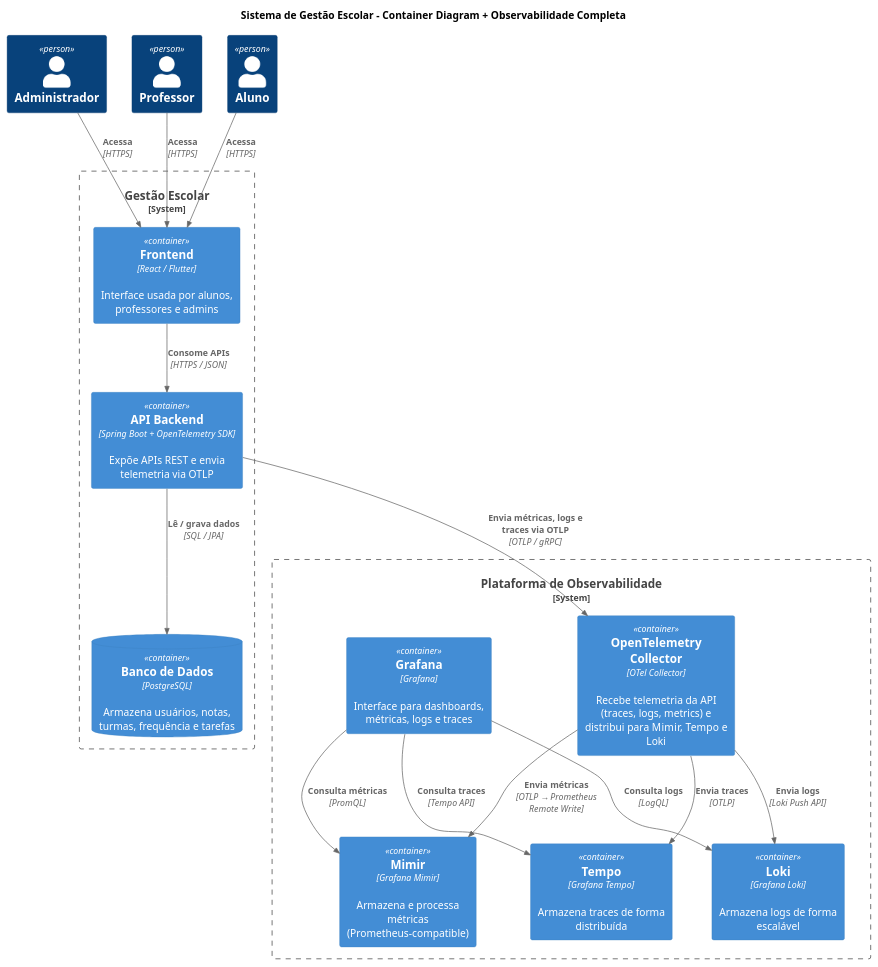
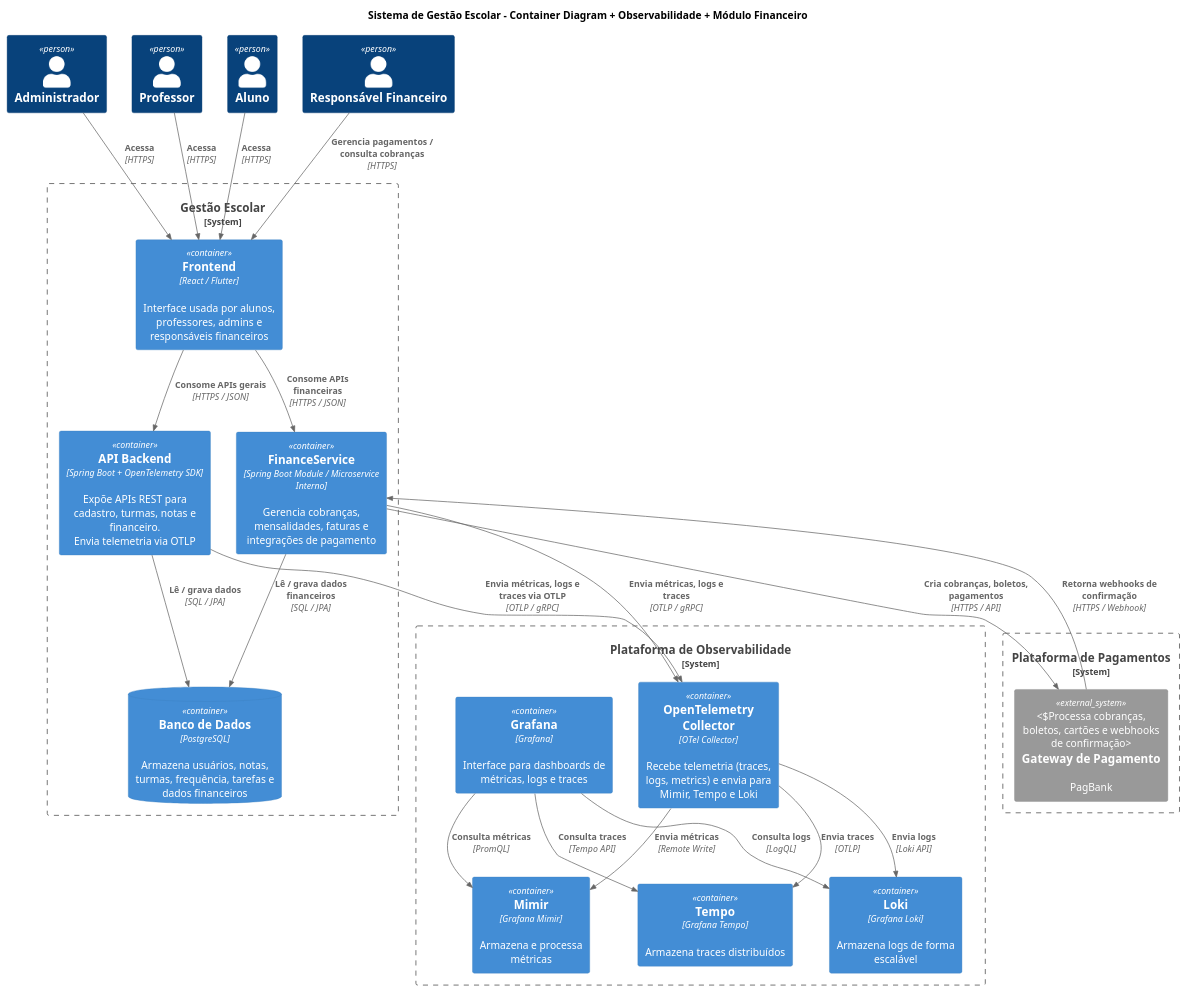
One commit to Framks/gestao_escolar_api changed the diagram in docs/diagramas/diagrama_conteiner.puml. Above: the diagram before and after it, drawn with PlantUML. The commit also changed 2 other files, not shown here.

Commit message:
Adicionar os diagramas de container e contexto.

```diff
--- a/docs/diagramas/diagrama_conteiner.puml
+++ b/docs/diagramas/diagrama_conteiner.puml
@@ -1,52 +1,68 @@
 @startuml
 !includeurl https://raw.githubusercontent.com/plantuml-stdlib/C4-PlantUML/master/C4_Container.puml
 
-title Sistema de Gestão Escolar - Container Diagram + Observabilidade Completa
+title Sistema de Gestão Escolar - Container Diagram + Observabilidade + Módulo Financeiro
 
 Person(admin, "Administrador")
 Person(prof, "Professor")
 Person(aluno, "Aluno")
+Person(resp_fin, "Responsável Financeiro")
 
 System_Boundary(sis, "Gestão Escolar") {
 
-    Container(frontend, "Frontend", "React / Flutter", "Interface usada por alunos, professores e admins")
+    Container(frontend, "Frontend",         "React / Flutter",         "Interface usada por alunos, professores, admins e responsáveis financeiros")
 
-    Container(api, "API Backend",        "Spring Boot + OpenTelemetry SDK",        "Expõe APIs REST e envia telemetria via OTLP")
+    Container(api, "API Backend",         "Spring Boot + OpenTelemetry SDK",         "Expõe APIs REST para cadastro, turmas, notas e financeiro.\nEnvia telemetria via OTLP")
 
-    ContainerDb(db, "Banco de Dados",         "PostgreSQL",        "Armazena usuários, notas, turmas, frequência e tarefas")
+    Container(finance, "FinanceService",         "Spring Boot Module / Microservice Interno",         "Gerencia cobranças, mensalidades, faturas e integrações de pagamento")
+
+    ContainerDb(db, "Banco de Dados",         "PostgreSQL",         "Armazena usuários, notas, turmas, frequência, tarefas e dados financeiros")
+}
+
+System_Boundary(payments, "Plataforma de Pagamentos") {
+    System_Ext(pg_provider, "Gateway de Pagamento",         "PagBank",         "Processa cobranças, boletos, cartões e webhooks de confirmação")
 }
 
 System_Boundary(obs, "Plataforma de Observabilidade") {
 
-    Container(collector, "OpenTelemetry Collector",         "OTel Collector",        "Recebe telemetria da API (traces, logs, metrics) e distribui para Mimir, Tempo e Loki")
+    Container(collector, "OpenTelemetry Collector",         "OTel Collector",         "Recebe telemetria (traces, logs, metrics) e envia para Mimir, Tempo e Loki")
 
-    Container(mimir, "Mimir",         "Grafana Mimir",         "Armazena e processa métricas (Prometheus-compatible)")
+    Container(mimir, "Mimir", "Grafana Mimir",         "Armazena e processa métricas")
 
-    Container(tempo, "Tempo",         "Grafana Tempo",         "Armazena traces de forma distribuída")
+    Container(tempo, "Tempo", "Grafana Tempo",         "Armazena traces distribuídos")
 
-    Container(loki, "Loki",         "Grafana Loki",         "Armazena logs de forma escalável")
+    Container(loki, "Loki", "Grafana Loki",         "Armazena logs de forma escalável")
 
-    Container(grafana, "Grafana",         "Grafana",         "Interface para dashboards, métricas, logs e traces")
+    Container(grafana, "Grafana", "Grafana",         "Interface para dashboards de métricas, logs e traces")
 }
 
-' Relações dos usuários
+' ---- Relações dos usuários ----
 Rel(admin, frontend, "Acessa", "HTTPS")
 Rel(prof, frontend, "Acessa", "HTTPS")
 Rel(aluno, frontend, "Acessa", "HTTPS")
+Rel(resp_fin, frontend, "Gerencia pagamentos / consulta cobranças", "HTTPS")
 
-' Relações internas
-Rel(frontend, api, "Consome APIs", "HTTPS / JSON")
+' ---- Relações internas ----
+Rel(frontend, api, "Consome APIs gerais", "HTTPS / JSON")
+Rel(frontend, finance, "Consome APIs financeiras", "HTTPS / JSON")
+
 Rel(api, db, "Lê / grava dados", "SQL / JPA")
+Rel(finance, db, "Lê / grava dados financeiros", "SQL / JPA")
 
-' Observabilidade
+' ---- Financeiro e Pagamentos ----
+Rel(finance, pg_provider, "Cria cobranças, boletos, pagamentos", "HTTPS / API")
+Rel(pg_provider, finance, "Retorna webhooks de confirmação", "HTTPS / Webhook")
+
+' ---- Observabilidade ----
 Rel(api, collector, "Envia métricas, logs e traces via OTLP", "OTLP / gRPC")
-Rel(collector, mimir, "Envia métricas", "OTLP → Prometheus Remote Write")
+Rel(finance, collector, "Envia métricas, logs e traces", "OTLP / gRPC")
+
+Rel(collector, mimir, "Envia métricas", "Remote Write")
 Rel(collector, tempo, "Envia traces", "OTLP")
-Rel(collector, loki, "Envia logs", "Loki Push API")
+Rel(collector, loki, "Envia logs", "Loki API")
 
-' Grafana como ponto único de consulta
 Rel(grafana, mimir, "Consulta métricas", "PromQL")
 Rel(grafana, tempo, "Consulta traces", "Tempo API")
 Rel(grafana, loki, "Consulta logs", "LogQL")
 
 @enduml
```
